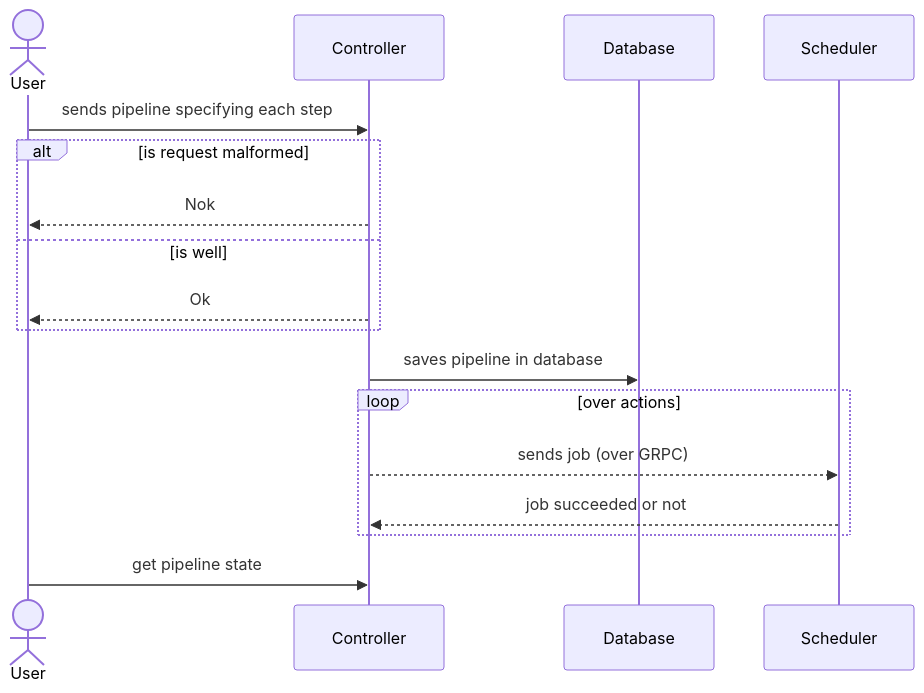
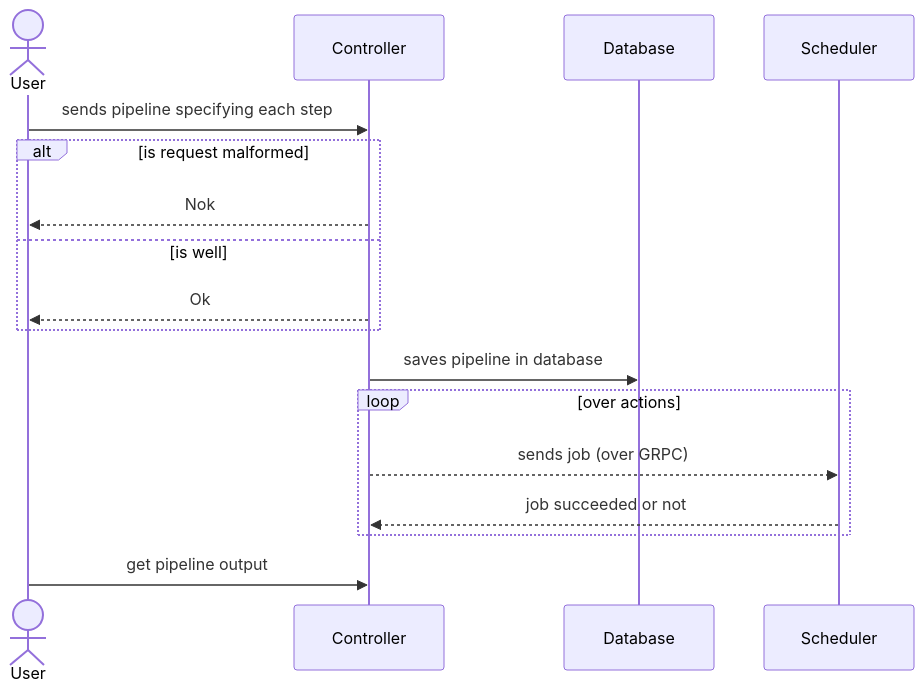
The diagram in docs/controller.md (dev-sys-do/sealci), drawn with Mermaid before and after one commit. The commit also changed other lines of this file, not shown here.

Commit message:
doc: manifest reference + controller outputs

````diff
--- a/docs/controller.md
+++ b/docs/controller.md
@@ -3,16 +71,16 @@
 ```mermaid
 sequenceDiagram
     actor User
     User->>Controller: sends pipeline specifying each step
     alt is request malformed
         Controller-->>User: Nok
     else is well
         Controller-->>User: Ok
     end
     Controller->>Database: saves pipeline in database
     loop over actions
         Controller-->>Scheduler: sends job (over GRPC)
         Scheduler-->>Controller: job succeeded or not
     end
-    User->>Controller: get pipeline state
+    User->>Controller: get pipeline output
 ```
````
